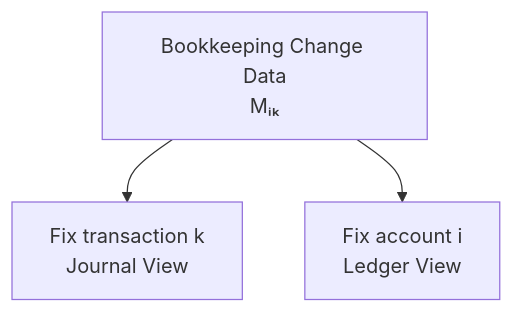
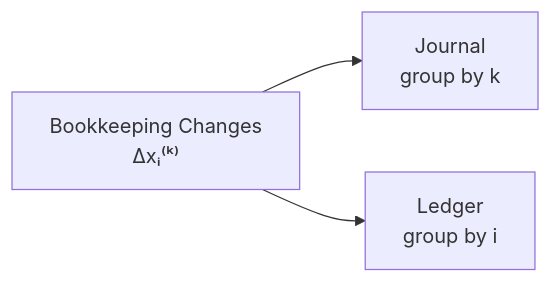
The second of 3 diagrams in theory/06-journal-and-ledger.md (niikei/accounting-state-model), drawn with Mermaid before and after one commit. The commit also changed other lines of this file and 8 other files, not shown here.

````diff
--- a/theory/06-journal-and-ledger.md
+++ b/theory/06-journal-and-ledger.md
@@ -444,11 +369,11 @@
 ```mermaid
-flowchart TD
-    M["Bookkeeping Change Data<br/>Mᵢₖ"]
+flowchart LR
+    DATA["Bookkeeping Changes<br/>Δxᵢ⁽ᵏ⁾"]
 
-    J["Fix transaction k<br/>Journal View"]
+    J["Journal<br/>group by k"]
 
-    L["Fix account i<br/>Ledger View"]
+    L["Ledger<br/>group by i"]
 
-    M --> J
-    M --> L
+    DATA --> J
+    DATA --> L
 ```
````
